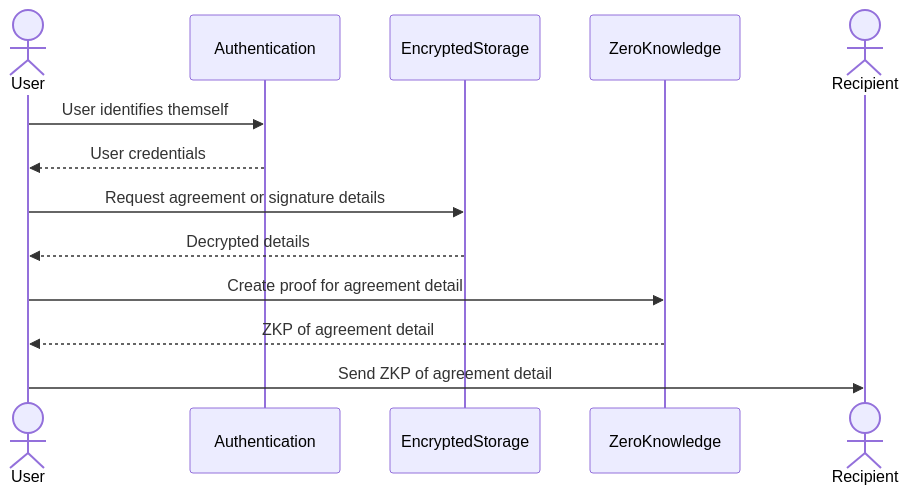
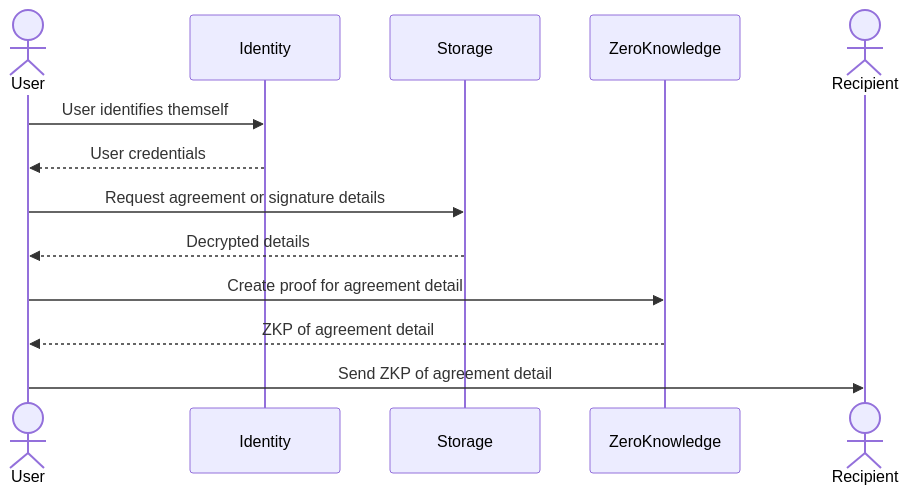
The second of 4 diagrams in docs/index.md (zksig/docs), drawn with Mermaid before and after one commit. The commit also changed other lines of this file, not shown here.

Commit message:
update diagram modules

````diff
--- a/docs/index.md
+++ b/docs/index.md
@@ -52,19 +53,19 @@
 ```mermaid
 sequenceDiagram
   actor User
-  participant Authentication
-  participant EncryptedStorage
+  participant Identity
+  participant Storage
   participant ZeroKnowledge
   actor Recipient
 
-  User ->> Authentication: User identifies themself
-  Authentication -->> User: User credentials
+  User ->> Identity: User identifies themself
+  Identity -->> User: User credentials
 
-  User ->> EncryptedStorage: Request agreement or signature details
-  EncryptedStorage -->> User: Decrypted details
+  User ->> Storage: Request agreement or signature details
+  Storage -->> User: Decrypted details
 
   User ->> ZeroKnowledge: Create proof for agreement detail
   ZeroKnowledge -->> User: ZKP of agreement detail
 
   User ->> Recipient: Send ZKP of agreement detail
 ```
````
